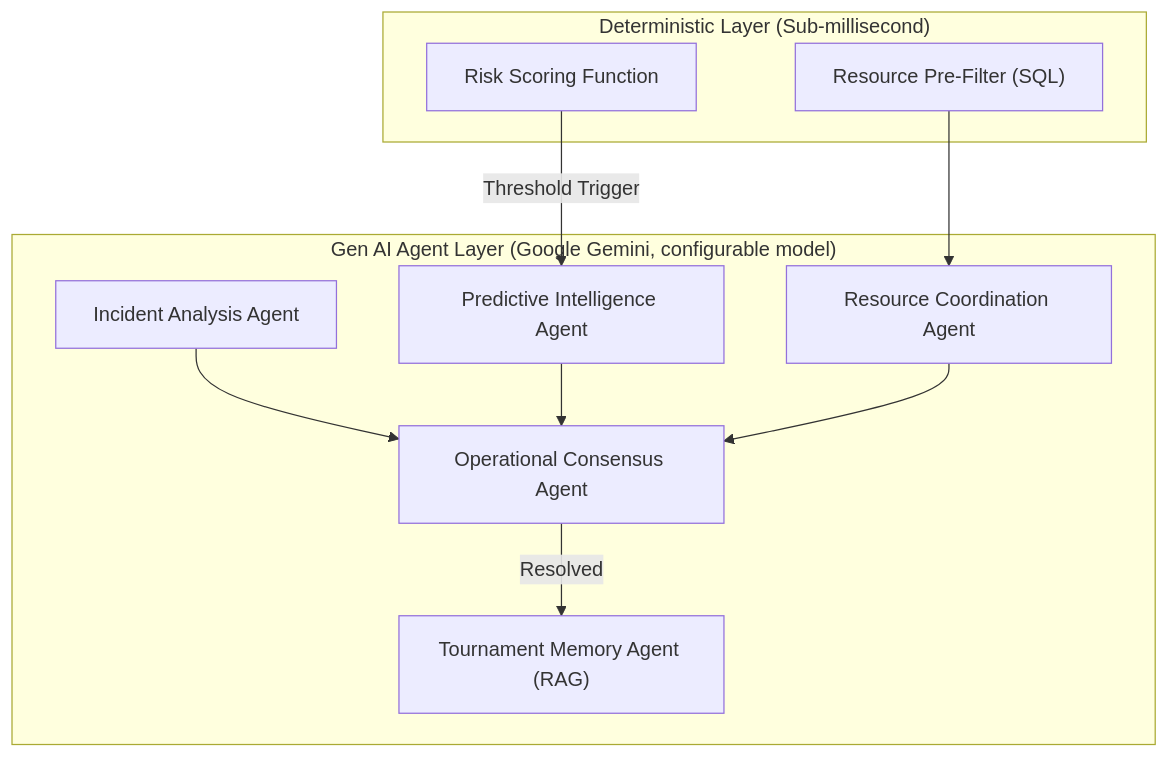
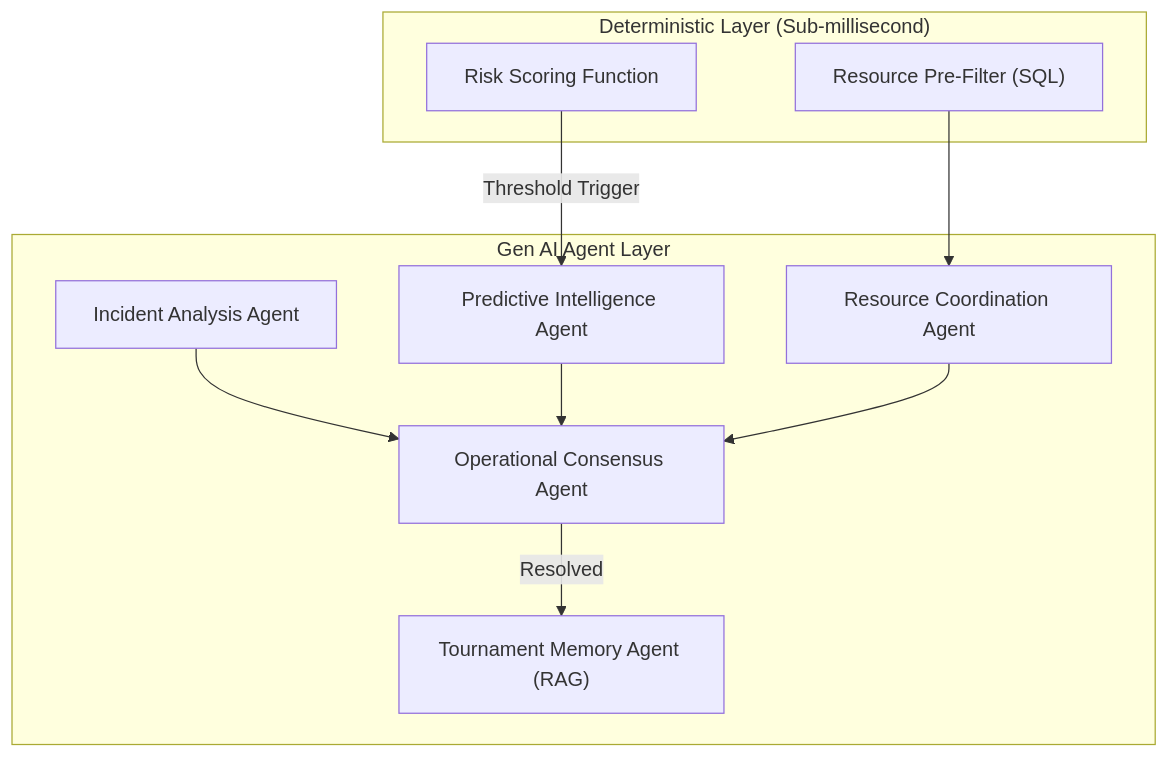
Before and after one commit to JENX-5/StadiumPulse: the second of 2 diagrams in README.md, drawn with Mermaid. The commit also changed other lines of this file, not shown here.

````diff
--- a/README.md
+++ b/README.md
@@ -142,22 +111,22 @@
 ```mermaid
 flowchart TB
     subgraph Deterministic["Deterministic Layer (Sub-millisecond)"]
         SCORER["Risk Scoring Function"]
         FILTER["Resource Pre-Filter (SQL)"]
     end
 
-    subgraph LLMAgents["Gen AI Agent Layer (Google Gemini, configurable model)"]
+    subgraph LLMAgents["Gen AI Agent Layer"]
         PIA["Predictive Intelligence Agent"]
         IAA["Incident Analysis Agent"]
         RCA["Resource Coordination Agent"]
         OCA["Operational Consensus Agent"]
         TMA["Tournament Memory Agent (RAG)"]
     end
 
     SCORER -- "Threshold Trigger" --> PIA
     IAA --> OCA
     PIA --> OCA
     FILTER --> RCA
     RCA --> OCA
     OCA -- "Resolved" --> TMA
 ```
````
